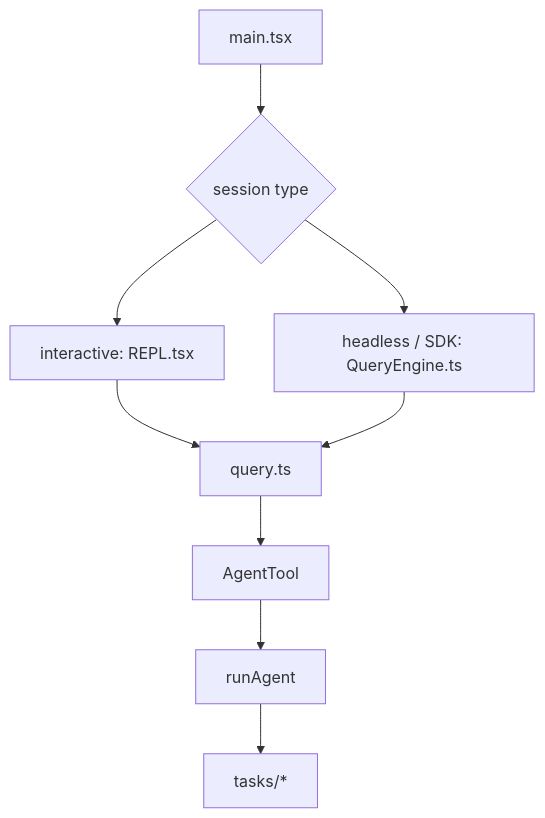
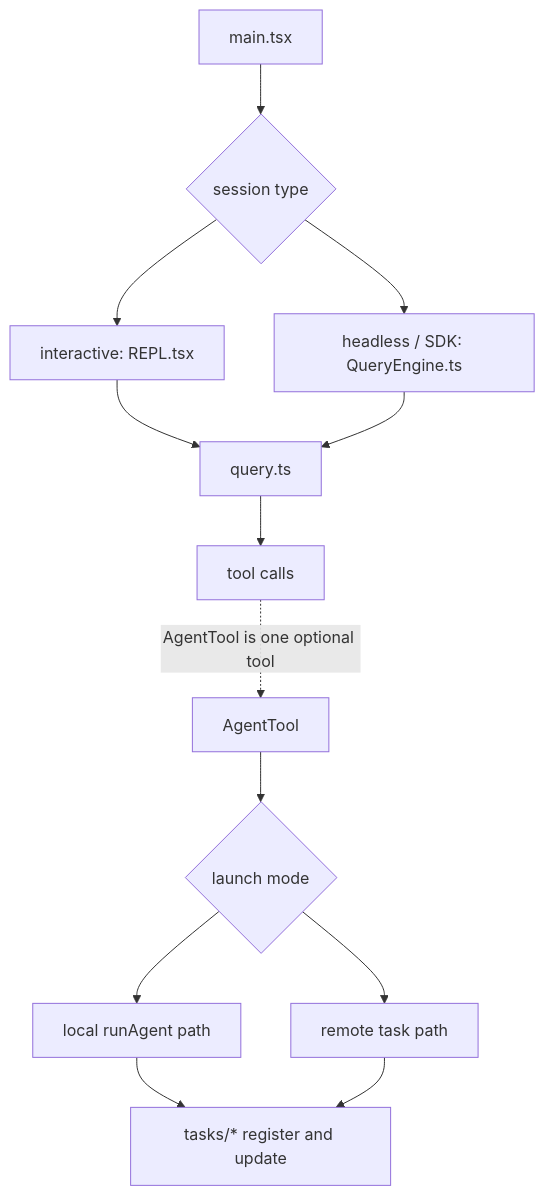
The first of 2 diagrams in MODULES/01-agent-loop-and-teams/DEEP/README.md (Boulea7/ClaudeCode-Source-DeepDive), drawn with Mermaid before and after one commit. The commit also changed other lines of this file and 8 other files, not shown here.

````diff
--- a/MODULES/01-agent-loop-and-teams/DEEP/README.md
+++ b/MODULES/01-agent-loop-and-teams/DEEP/README.md
@@ -245,11 +251,15 @@
 ```mermaid
 flowchart TD
     A[main.tsx] --> B{session type}
     B --> C[interactive: REPL.tsx]
     B --> D[headless / SDK: QueryEngine.ts]
     C --> E[query.ts]
     D --> E
-    E --> F[AgentTool]
-    F --> G[runAgent]
-    G --> H[tasks/*]
+    E --> F[tool calls]
+    F -. AgentTool is one optional tool .-> G[AgentTool]
+    G --> H{launch mode}
+    H --> I[local runAgent path]
+    H --> J[remote task path]
+    I --> K[tasks/* register and update]
+    J --> K
 ```
````
